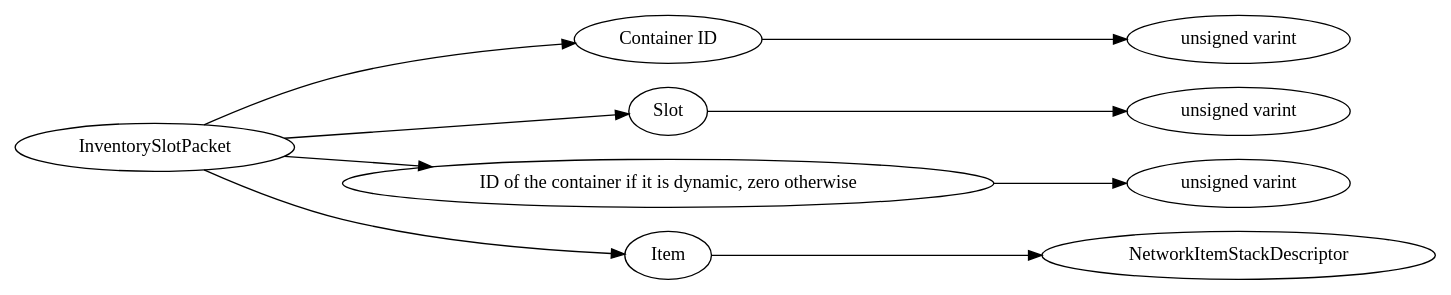
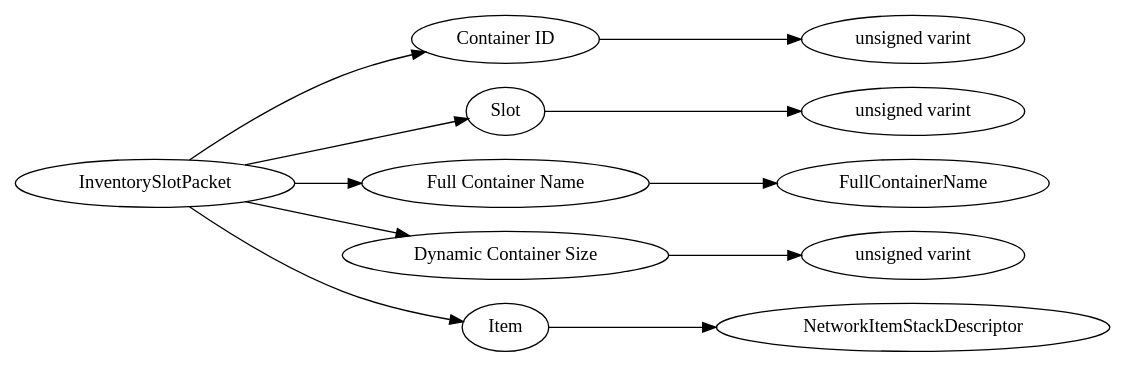
One commit to Mojang/bedrock-protocol-docs changed the diagram in dot/InventorySlotPacket.dot. Above: the diagram before and after it, drawn with Graphviz. The commit also changed 55 other files, not shown here.

```diff
--- a/dot/InventorySlotPacket.dot
+++ b/dot/InventorySlotPacket.dot
@@ -1,24 +1,28 @@
 digraph "InventorySlotPacket" {
 rankdir = LR
 0
 0 -> 1
 1 -> 2
 0 -> 3
 3 -> 4
 0 -> 5
 5 -> 6
 0 -> 7
 7 -> 8
+0 -> 9
+9 -> 10
 
 0 [label="InventorySlotPacket",comment="name: \"InventorySlotPacket\", typeName: \"\", id: 0, branchId: 50, recurseId: -1, attributes: 0, notes: \"\""];
 1 [label="Container ID",comment="name: \"Container ID\", typeName: \"\", id: 1, branchId: 0, recurseId: -1, attributes: 0, notes: \"\""];
 2 [label="unsigned varint",comment="name: \"unsigned varint\", typeName: \"\", id: 2, branchId: 0, recurseId: -1, attributes: 512, notes: \"\""];
 3 [label="Slot",comment="name: \"Slot\", typeName: \"\", id: 3, branchId: 0, recurseId: -1, attributes: 0, notes: \"\""];
 4 [label="unsigned varint",comment="name: \"unsigned varint\", typeName: \"\", id: 4, branchId: 0, recurseId: -1, attributes: 512, notes: \"\""];
-5 [label="ID of the container if it is dynamic, zero otherwise",comment="name: \"ID of the container if it is dynamic, zero otherwise\", typeName: \"\", id: 5, branchId: 0, recurseId: -1, attributes: 0, notes: \"\""];
-6 [label="unsigned varint",comment="name: \"unsigned varint\", typeName: \"\", id: 6, branchId: 0, recurseId: -1, attributes: 512, notes: \"\""];
-7 [label="Item",comment="name: \"Item\", typeName: \"NetworkItemStackDescriptor\", id: 7, branchId: 0, recurseId: -1, attributes: 256, notes: \"\""];
-8 [label="NetworkItemStackDescriptor",comment="name: \"NetworkItemStackDescriptor\", typeName: \"\", id: 8, branchId: 0, recurseId: -1, attributes: 512, notes: \"\""];
-{ rank = max;2;4;6;8}
+5 [label="Full Container Name",comment="name: \"Full Container Name\", typeName: \"FullContainerName\", id: 5, branchId: 0, recurseId: -1, attributes: 256, notes: \"Used to reference a specific container within a given screen container context\""];
+6 [label="FullContainerName",comment="name: \"FullContainerName\", typeName: \"\", id: 6, branchId: 0, recurseId: -1, attributes: 512, notes: \"\""];
+7 [label="Dynamic Container Size",comment="name: \"Dynamic Container Size\", typeName: \"\", id: 7, branchId: 0, recurseId: -1, attributes: 0, notes: \"Size of the container if it is dynamic, zero otherwise\""];
+8 [label="unsigned varint",comment="name: \"unsigned varint\", typeName: \"\", id: 8, branchId: 0, recurseId: -1, attributes: 512, notes: \"\""];
+9 [label="Item",comment="name: \"Item\", typeName: \"NetworkItemStackDescriptor\", id: 9, branchId: 0, recurseId: -1, attributes: 256, notes: \"\""];
+10 [label="NetworkItemStackDescriptor",comment="name: \"NetworkItemStackDescriptor\", typeName: \"\", id: 10, branchId: 0, recurseId: -1, attributes: 512, notes: \"\""];
+{ rank = max;2;4;6;8;10}
 
 }
```
